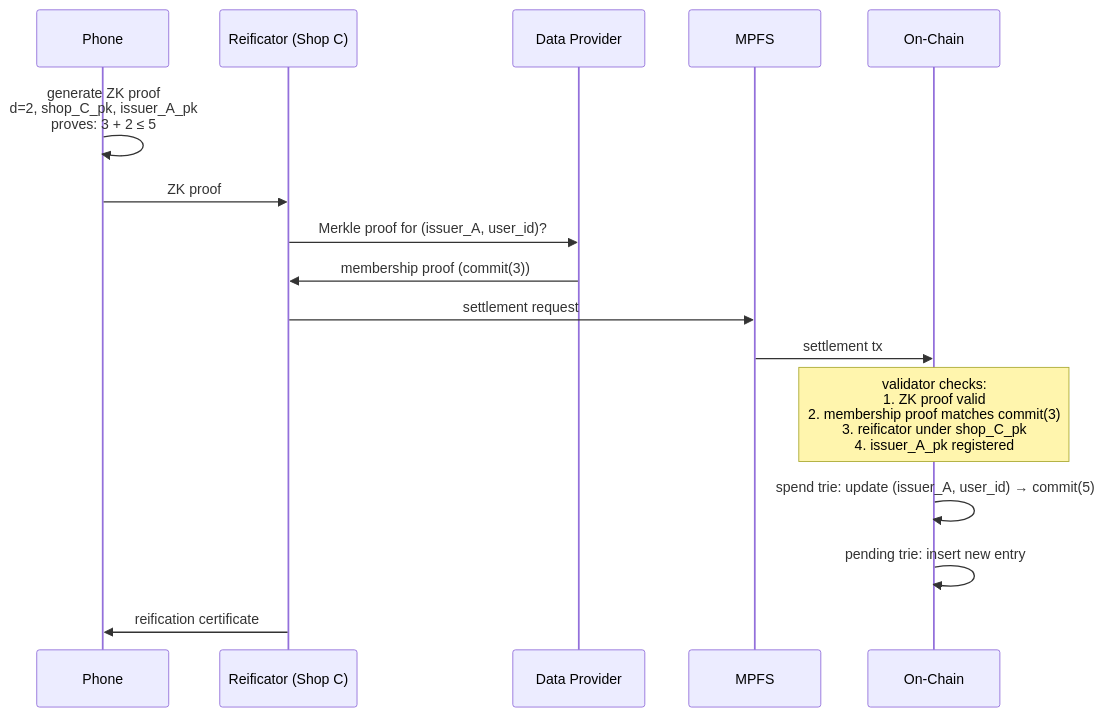
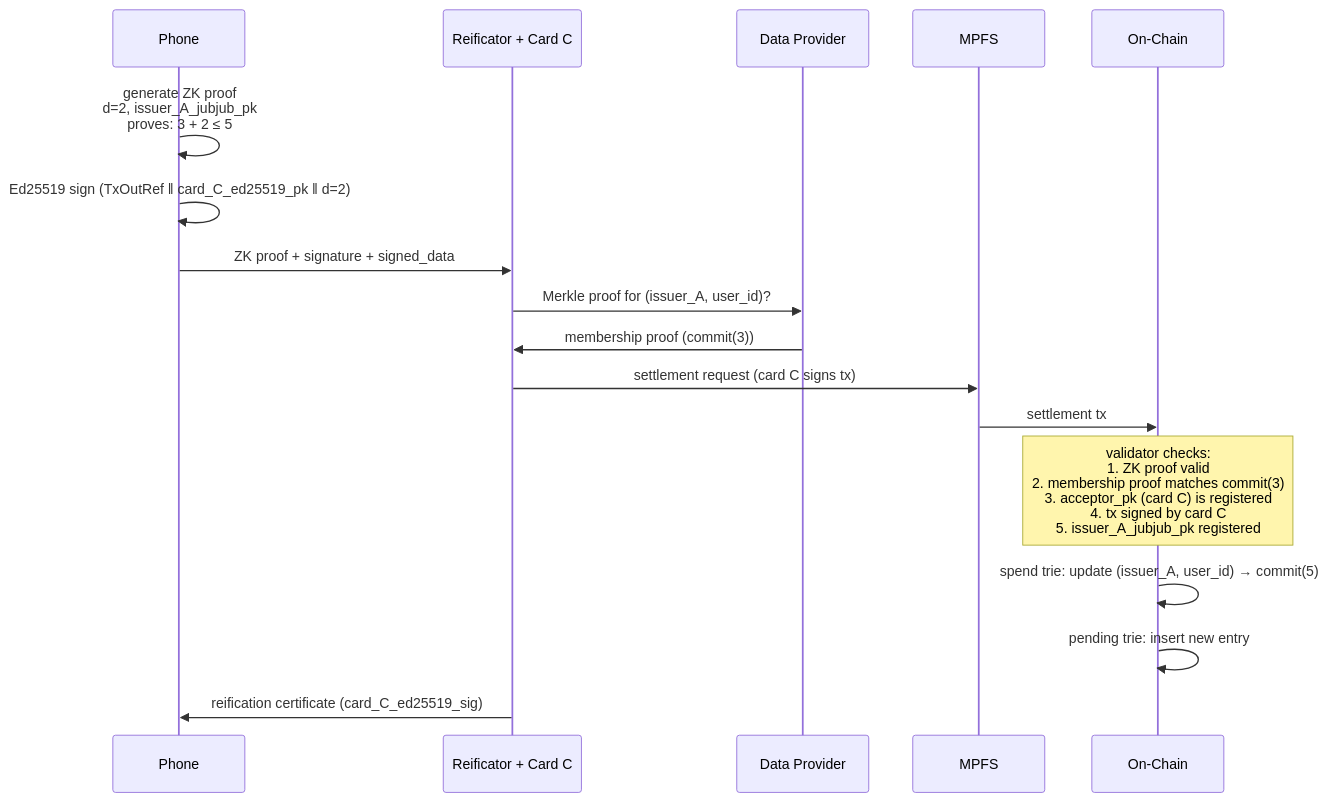
Before and after one commit to lambdasistemi/harvest: the fifth of 8 diagrams in docs/protocol/lifecycle.md, drawn with Mermaid. The commit also changed other lines of this file and 9 other files, not shown here.

````diff
--- a/docs/protocol/lifecycle.md
+++ b/docs/protocol/lifecycle.md
@@ -94,19 +96,20 @@
 ```mermaid
 sequenceDiagram
     participant P as Phone
-    participant R as Reificator (Shop C)
+    participant R as Reificator + Card C
     participant DP as Data Provider
     participant M as MPFS
     participant L1 as On-Chain
 
-    P->>P: generate ZK proof<br/>d=2, shop_C_pk, issuer_A_pk<br/>proves: 3 + 2 ≤ 5
-    P->>R: ZK proof
+    P->>P: generate ZK proof<br/>d=2, issuer_A_jubjub_pk<br/>proves: 3 + 2 ≤ 5
+    P->>P: Ed25519 sign (TxOutRef ‖ card_C_ed25519_pk ‖ d=2)
+    P->>R: ZK proof + signature + signed_data
     R->>DP: Merkle proof for (issuer_A, user_id)?
     DP->>R: membership proof (commit(3))
-    R->>M: settlement request
+    R->>M: settlement request (card C signs tx)
     M->>L1: settlement tx
-    Note over L1: validator checks:<br/>1. ZK proof valid<br/>2. membership proof matches commit(3)<br/>3. reificator under shop_C_pk<br/>4. issuer_A_pk registered
+    Note over L1: validator checks:<br/>1. ZK proof valid<br/>2. membership proof matches commit(3)<br/>3. acceptor_pk (card C) is registered<br/>4. tx signed by card C<br/>5. issuer_A_jubjub_pk registered
     L1->>L1: spend trie: update (issuer_A, user_id) → commit(5)
     L1->>L1: pending trie: insert new entry
-    R->>P: reification certificate
+    R->>P: reification certificate (card_C_ed25519_sig)
 ```
````
